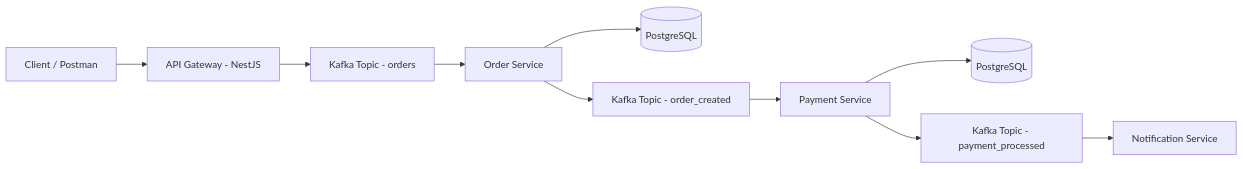
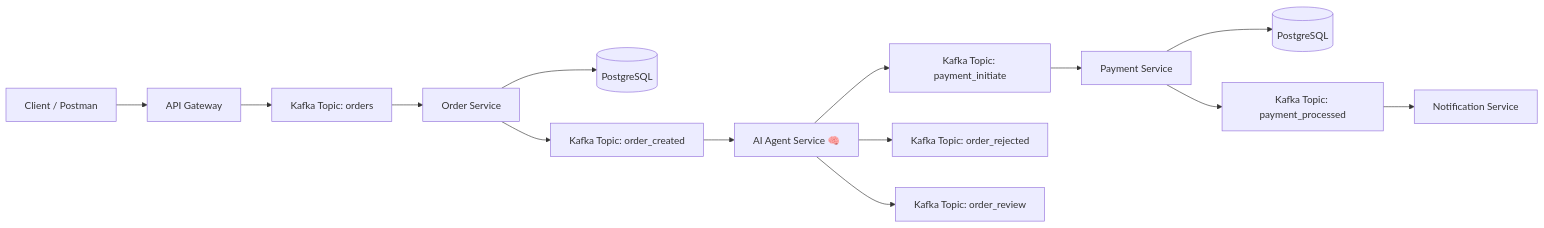
Before and after one commit to sk035018/e-commerce: the diagram in README.md, drawn with Mermaid. The commit also changed other lines of this file and 15 other files, not shown here.

````diff
--- a/README.md
+++ b/README.md
@@ -13,14 +13,22 @@
 ```mermaid
 flowchart LR
-    Client[Client / Postman] --> API["API Gateway - NestJS"]
-    API --> OrdersTopic["Kafka Topic - orders"]
+    Client[Client / Postman] --> API["API Gateway"]
+
+    API --> OrdersTopic["Kafka Topic: orders"]
     OrdersTopic --> OrderService["Order Service"]
+
     OrderService --> DB1[(PostgreSQL)]
+    OrderService --> OrderCreated["Kafka Topic: order_created"]
 
-    OrderService --> OrderCreated["Kafka Topic - order_created"]
-    OrderCreated --> PaymentService["Payment Service"]
+    OrderCreated --> AgentService["AI Agent Service 🧠"]
+
+    AgentService --> PaymentInit["Kafka Topic: payment_initiate"]
+    AgentService --> OrderRejected["Kafka Topic: order_rejected"]
+    AgentService --> OrderReview["Kafka Topic: order_review"]
+
+    PaymentInit --> PaymentService["Payment Service"]
     PaymentService --> DB2[(PostgreSQL)]
+    PaymentService --> PaymentProcessed["Kafka Topic: payment_processed"]
 
-    PaymentService --> PaymentProcessed["Kafka Topic - payment_processed"]
     PaymentProcessed --> NotificationService["Notification Service"]
 ```
````
